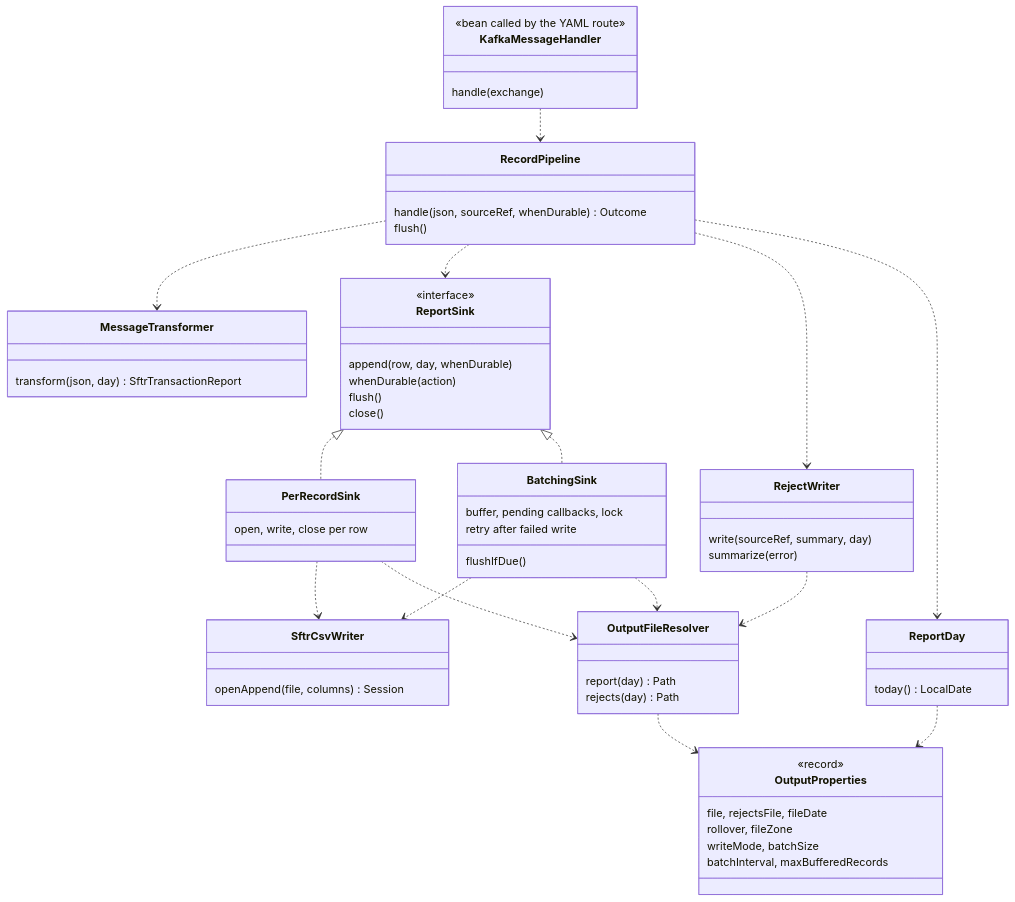
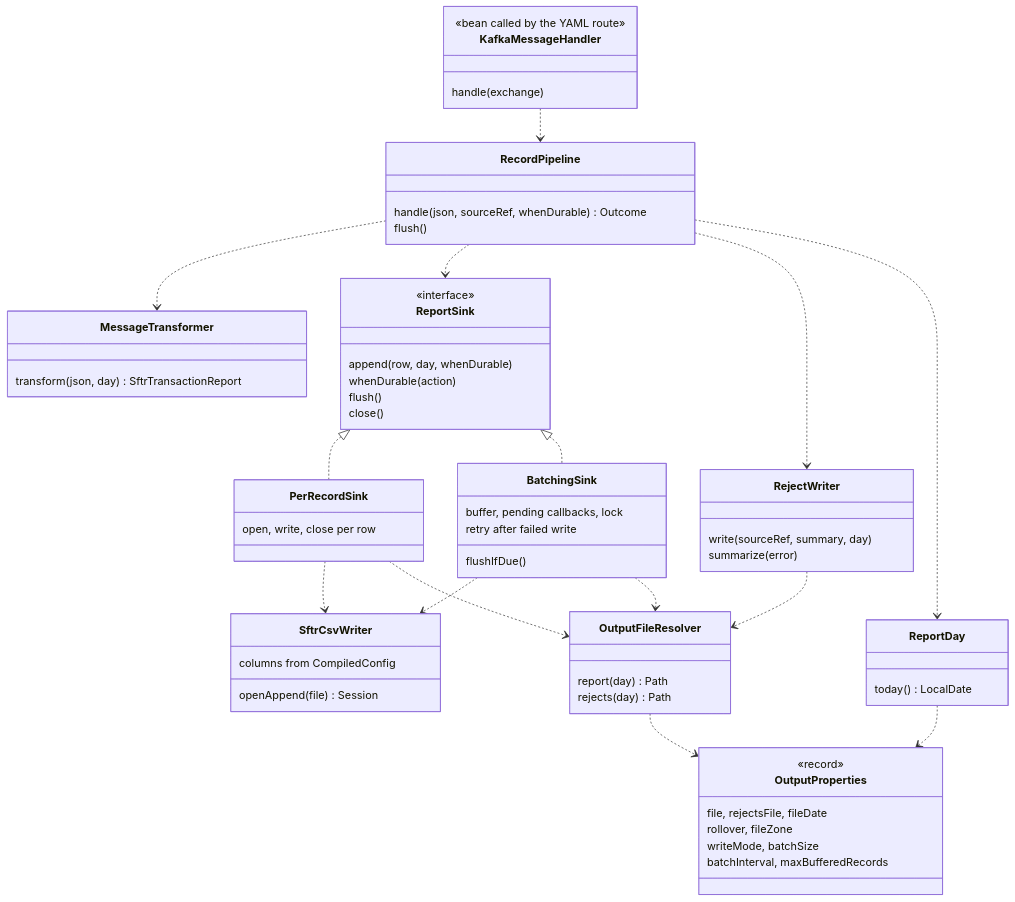
Before and after one commit to shanregs/msg-transformer: the fifth of 15 diagrams in docs/c4-architecture.md, drawn with Mermaid. The commit also changed other lines of this file and 18 other files, not shown here.

````diff
--- a/docs/c4-architecture.md
+++ b/docs/c4-architecture.md
@@ -171,65 +179,66 @@
 ```mermaid
 classDiagram
     class RecordPipeline {
         handle(json, sourceRef, whenDurable) Outcome
         flush()
     }
     class MessageTransformer {
         transform(json, day) SftrTransactionReport
     }
     class ReportSink {
         <<interface>>
         append(row, day, whenDurable)
         whenDurable(action)
         flush()
         close()
     }
     class PerRecordSink {
         open, write, close per row
     }
     class BatchingSink {
         buffer, pending callbacks, lock
         flushIfDue()
         retry after failed write
     }
     class RejectWriter {
         write(sourceRef, summary, day)
         summarize(error)
     }
     class OutputFileResolver {
         report(day) Path
         rejects(day) Path
     }
     class ReportDay {
         today() LocalDate
     }
     class OutputProperties {
         <<record>>
         file, rejectsFile, fileDate
         rollover, fileZone
         writeMode, batchSize
         batchInterval, maxBufferedRecords
     }
     class KafkaMessageHandler {
         <<bean called by the YAML route>>
         handle(exchange)
     }
     class SftrCsvWriter {
-        openAppend(file, columns) Session
+        columns from CompiledConfig
+        openAppend(file) Session
     }
 
     ReportSink <|.. PerRecordSink
     ReportSink <|.. BatchingSink
     RecordPipeline ..> MessageTransformer
     RecordPipeline ..> ReportSink
     RecordPipeline ..> RejectWriter
     RecordPipeline ..> ReportDay
     PerRecordSink ..> SftrCsvWriter
     BatchingSink ..> SftrCsvWriter
     PerRecordSink ..> OutputFileResolver
     BatchingSink ..> OutputFileResolver
     RejectWriter ..> OutputFileResolver
     OutputFileResolver ..> OutputProperties
     ReportDay ..> OutputProperties
     KafkaMessageHandler ..> RecordPipeline
 ```
````
